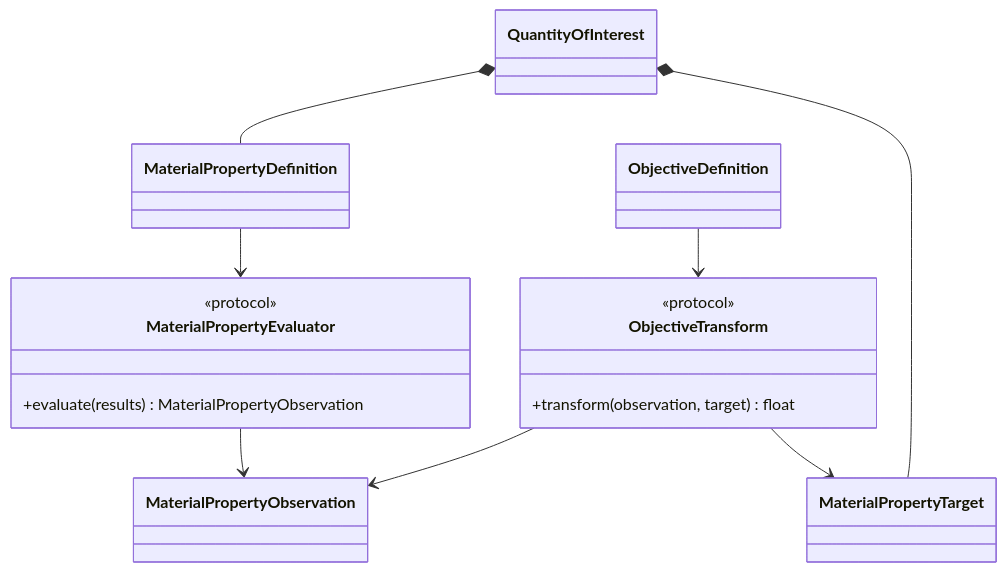
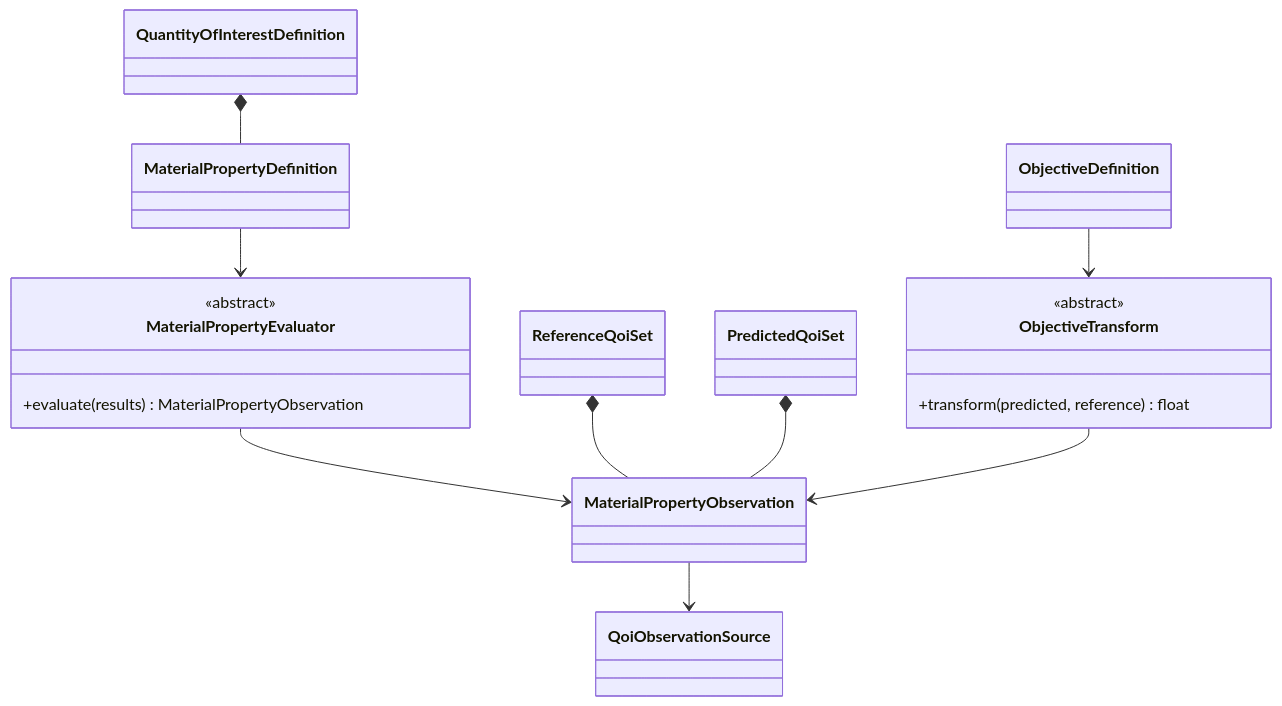
The first of 2 diagrams in docs/architecture/qoi-evaluation/implementation/index.md (eragasa/projectkoios-frankenstein), drawn with Mermaid before and after one commit. The commit also changed other lines of this file and 385 other files, not shown here.

````diff
--- a/docs/architecture/qoi-evaluation/implementation/index.md
+++ b/docs/architecture/qoi-evaluation/implementation/index.md
@@ -5,23 +5,26 @@
 ```mermaid
 classDiagram
     class MaterialPropertyDefinition
-    class MaterialPropertyTarget
     class MaterialPropertyObservation
-    class QuantityOfInterest
+    class QuantityOfInterestDefinition
     class MaterialPropertyEvaluator {
-        <<protocol>>
+        <<abstract>>
         +evaluate(results) MaterialPropertyObservation
     }
+    class ReferenceQoiSet
+    class PredictedQoiSet
+    class QoiObservationSource
     class ObjectiveDefinition
     class ObjectiveTransform {
-        <<protocol>>
-        +transform(observation, target) float
+        <<abstract>>
+        +transform(predicted, reference) float
     }
-    QuantityOfInterest *-- MaterialPropertyDefinition
-    QuantityOfInterest *-- MaterialPropertyTarget
+    QuantityOfInterestDefinition *-- MaterialPropertyDefinition
     MaterialPropertyDefinition --> MaterialPropertyEvaluator
     MaterialPropertyEvaluator --> MaterialPropertyObservation
+    ReferenceQoiSet *-- MaterialPropertyObservation
+    PredictedQoiSet *-- MaterialPropertyObservation
+    MaterialPropertyObservation --> QoiObservationSource
     ObjectiveDefinition --> ObjectiveTransform
     ObjectiveTransform --> MaterialPropertyObservation
-    ObjectiveTransform --> MaterialPropertyTarget
 ```
````
